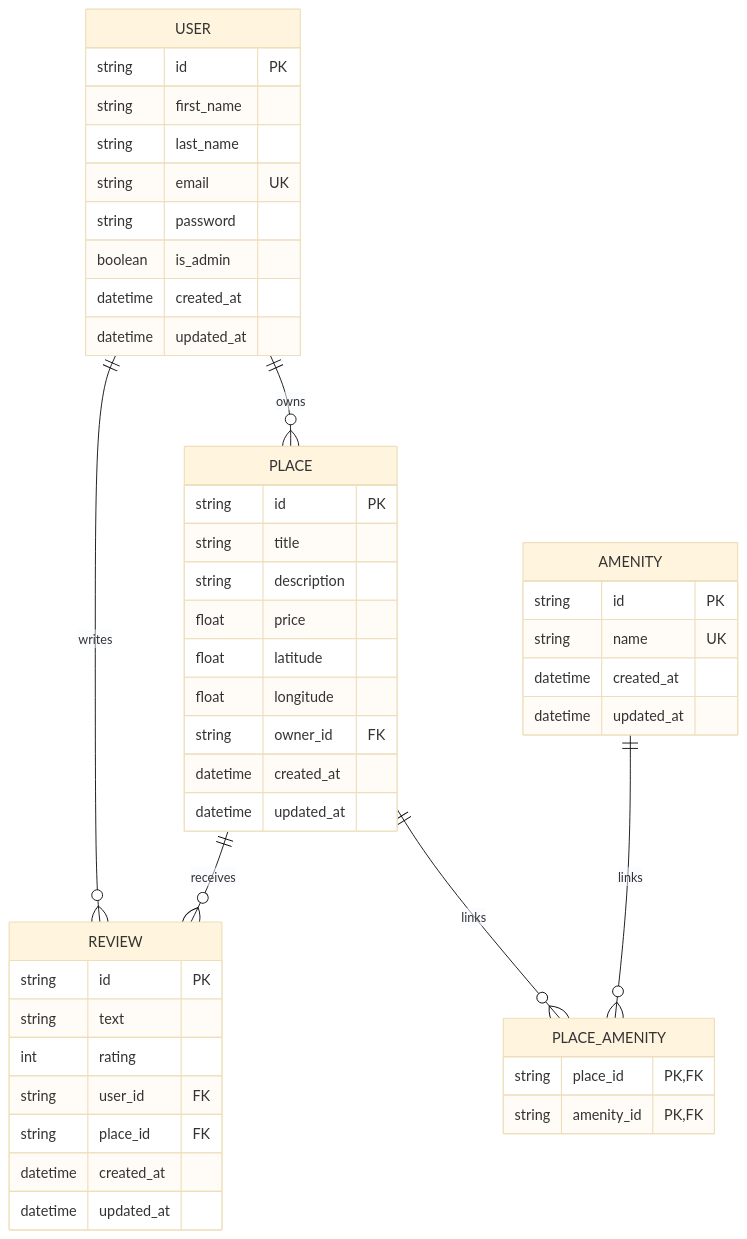
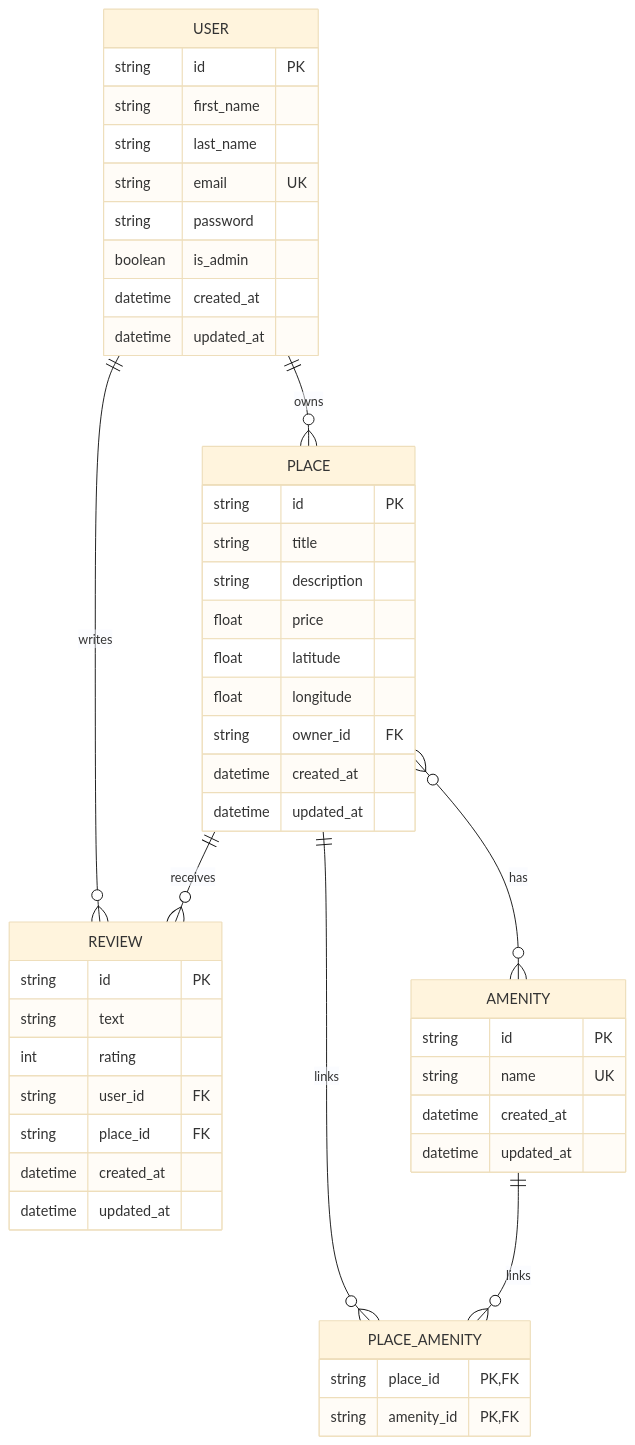
The diagram in part3/ER_diagram.md (kriaa9/holbertonschool-hbnb), drawn with Mermaid (base theme) before and after one commit. The commit also changed 7 other files, not shown here.

````diff
--- a/part3/ER_diagram.md
+++ b/part3/ER_diagram.md
@@ -3,53 +3,54 @@
 ```mermaid
 erDiagram
     USER {
         string id PK
         string first_name
         string last_name
         string email UK
         string password
         boolean is_admin
         datetime created_at
         datetime updated_at
     }
 
     PLACE {
         string id PK
         string title
         string description
         float price
         float latitude
         float longitude
         string owner_id FK
         datetime created_at
         datetime updated_at
     }
 
     REVIEW {
         string id PK
         string text
         int rating
         string user_id FK
         string place_id FK
         datetime created_at
         datetime updated_at
     }
 
     AMENITY {
         string id PK
         string name UK
         datetime created_at
         datetime updated_at
     }
 
     PLACE_AMENITY {
         string place_id PK, FK
         string amenity_id PK, FK
     }
 
     USER ||--o{ PLACE : owns
     USER ||--o{ REVIEW : writes
     PLACE ||--o{ REVIEW : receives
+    PLACE }o--o{ AMENITY : has
     PLACE ||--o{ PLACE_AMENITY : links
     AMENITY ||--o{ PLACE_AMENITY : links
 ```
````
